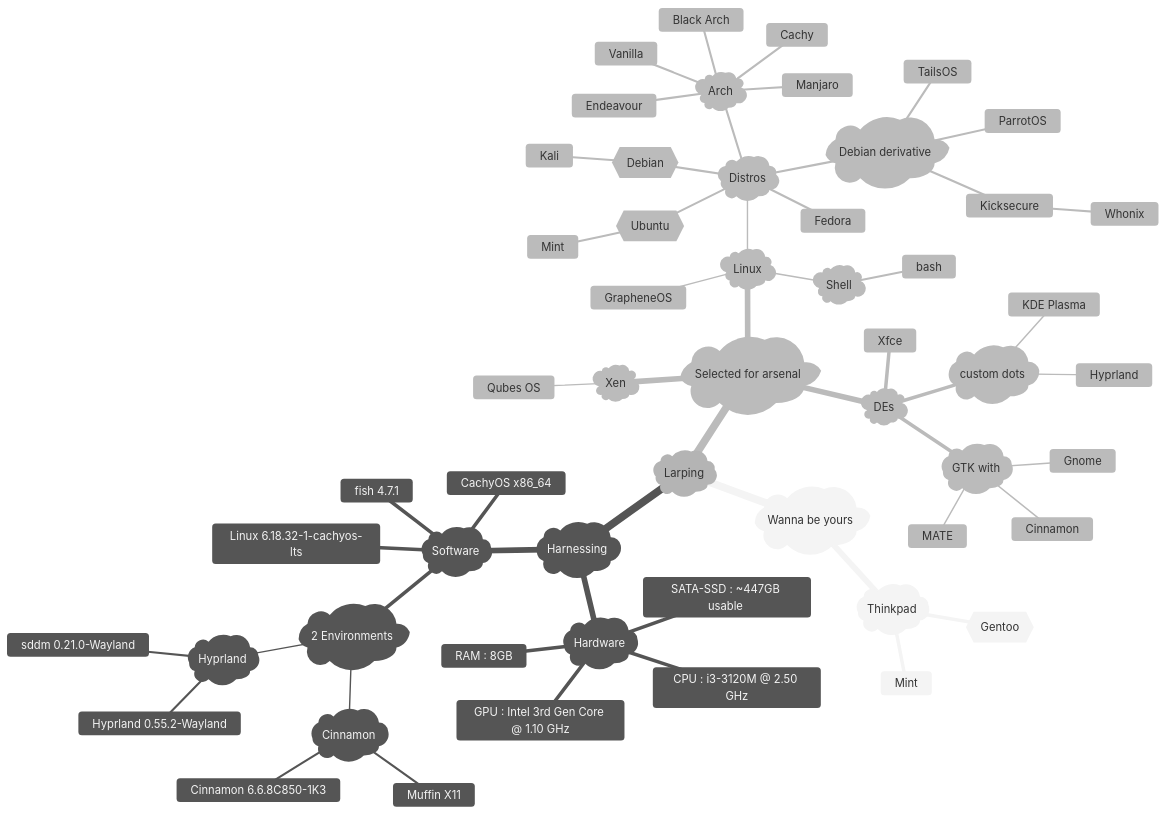
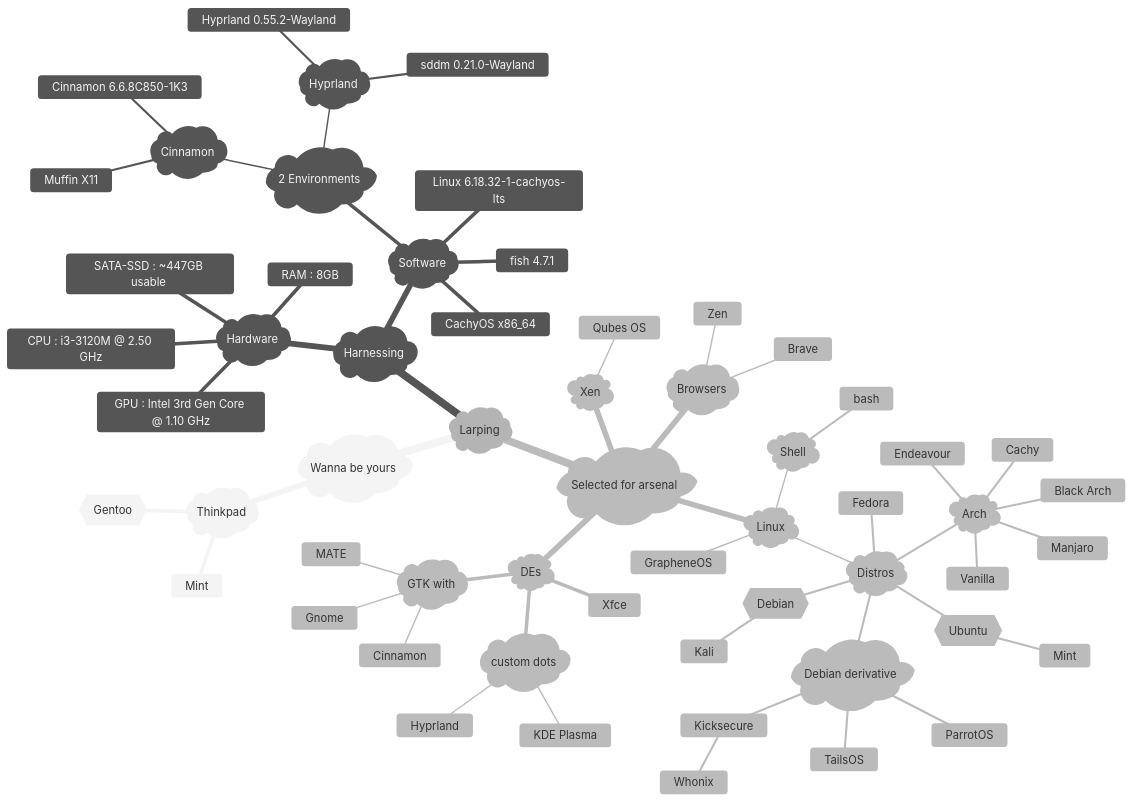
One commit to Chintanpatel24/Chintanpatel24 changed the diagram in README.md. Above: the diagram before and after it, drawn with Mermaid (neutral theme).

````diff
--- a/README.md
+++ b/README.md
@@ -4,58 +4,61 @@
 ```mermaid
 mindmap
 root)Larping(
  ) Wanna be yours(
   )Thinkpad(
    {{Gentoo}}
    Mint
  )Harnessing(
   )Hardware(     
    GPU : Intel 3rd Gen Core @ 1.10 GHz
    CPU : i3-3120M @ 2.50 GHz
    RAM : 8GB
    SATA-SSD : ~447GB usable 
   )Software(
    )2 Environments(
     )Cinnamon( 
      Muffin X11
      Cinnamon 6.6.8C850-1K3
     )Hyprland(
      Hyprland 0.55.2-Wayland
      sddm 0.21.0-Wayland
    CachyOS x86_64
    fish 4.7.1
    Linux 6.18.32-1-cachyos-lts
  ) Selected for arsenal(
+   )Browsers(
+    Zen
+    Brave
    )Xen(
     Qubes OS
    )Linux(
     )Shell(
      bash
     GrapheneOS
     )Distros(
      )Arch(
       Endeavour
       Vanilla
       Black Arch
       Cachy
       Manjaro
      {{Debian}}
       Kali
      {{Ubuntu}}
       Mint
      Fedora
      )Debian derivative(
       Kicksecure
        Whonix
       ParrotOS
       TailsOS
   )DEs(
    Xfce
    )custom dots(
     Hyprland
     KDE Plasma
    )GTK with(
     Cinnamon
     Gnome
     MATE
 ```
````
